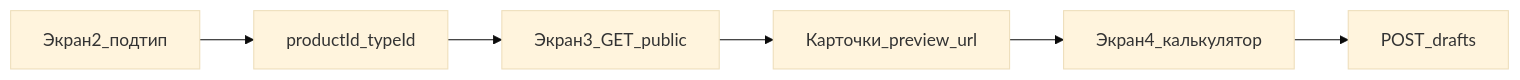
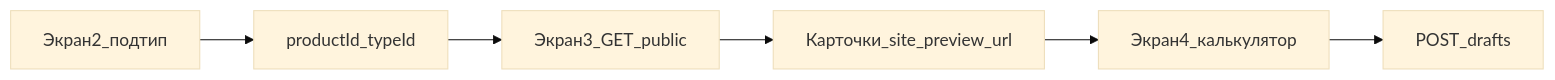
Before and after one commit to rekafoe/CRM2026: the first of 2 diagrams in docs/site-design-gallery-integration.md, drawn with Mermaid (base theme). The commit also changed other lines of this file and 34 other files, not shown here.

````diff
--- a/docs/site-design-gallery-integration.md
+++ b/docs/site-design-gallery-integration.md
@@ -24,8 +24,8 @@
 ```mermaid
 flowchart LR
   screen2[Экран2_подтип] --> ids[productId_typeId]
   ids --> screen3[Экран3_GET_public]
-  screen3 --> cards[Карточки_preview_url]
+  screen3 --> cards[Карточки_site_preview_url]
   cards --> screen4[Экран4_калькулятор]
   screen4 --> draft[POST_drafts]
 ```
````
